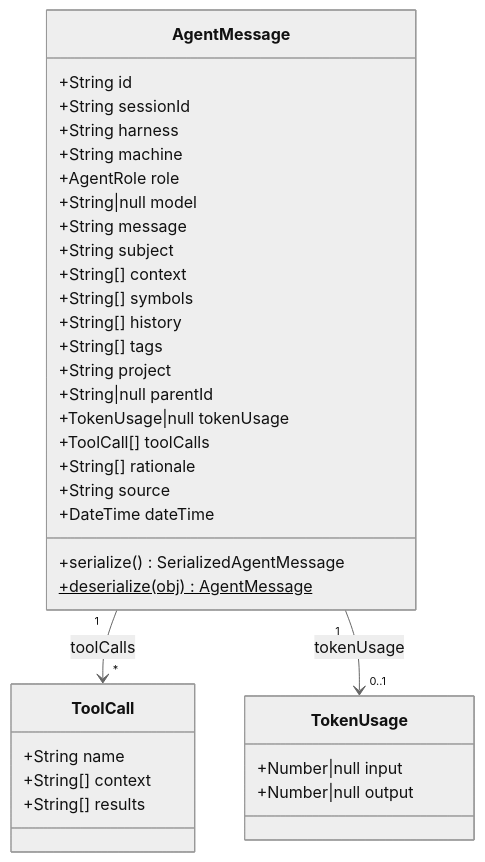
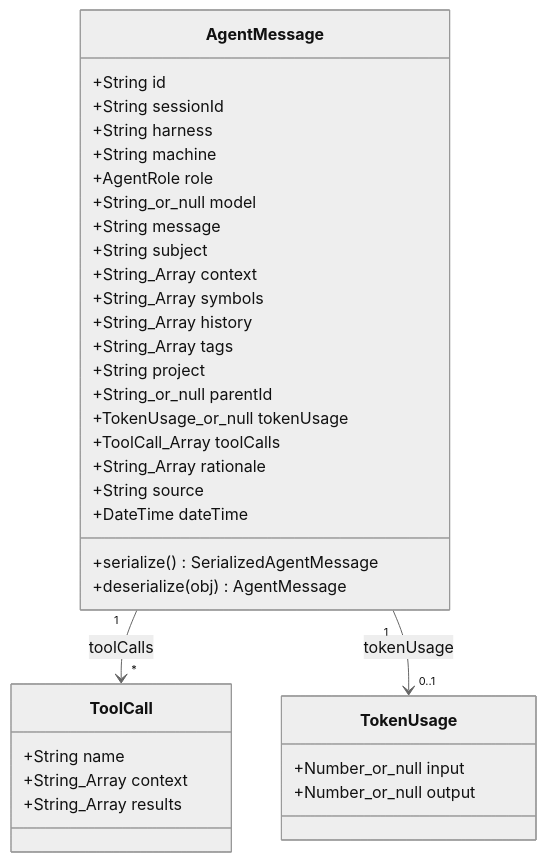
One commit to Kyliathy/context-core changed the tenth of 17 diagrams in server/zz-reach2/architecture/archi-context-core-level0.md. Above: the diagram before and after it, drawn with Mermaid (neutral theme). The commit also changed other lines of this file and 2 other files, not shown here.

Commit message:
fix: search results now cleared on change view docs: updated readme with roadmap

````diff
--- a/server/zz-reach2/architecture/archi-context-core-level0.md
+++ b/server/zz-reach2/architecture/archi-context-core-level0.md
@@ -349,40 +349,40 @@
 ```mermaid
 classDiagram
     class AgentMessage {
         +String id
         +String sessionId
         +String harness
         +String machine
         +AgentRole role
-        +String|null model
+        +String_or_null model
         +String message
         +String subject
-        +String[] context
-        +String[] symbols
-        +String[] history
-        +String[] tags
+        +String_Array context
+        +String_Array symbols
+        +String_Array history
+        +String_Array tags
         +String project
-        +String|null parentId
-        +TokenUsage|null tokenUsage
-        +ToolCall[] toolCalls
-        +String[] rationale
+        +String_or_null parentId
+        +TokenUsage_or_null tokenUsage
+        +ToolCall_Array toolCalls
+        +String_Array rationale
         +String source
         +DateTime dateTime
         +serialize() SerializedAgentMessage
-        +deserialize(obj) AgentMessage$
+        +deserialize(obj) AgentMessage
     }
 
     class ToolCall {
         +String name
-        +String[] context
-        +String[] results
+        +String_Array context
+        +String_Array results
     }
 
     class TokenUsage {
-        +Number|null input
-        +Number|null output
+        +Number_or_null input
+        +Number_or_null output
     }
 
     AgentMessage "1" --> "*" ToolCall : toolCalls
     AgentMessage "1" --> "0..1" TokenUsage : tokenUsage
 ```
````
